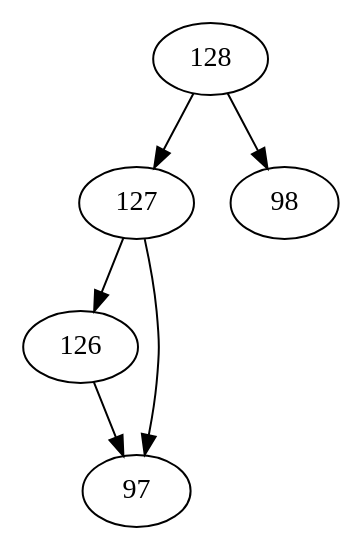
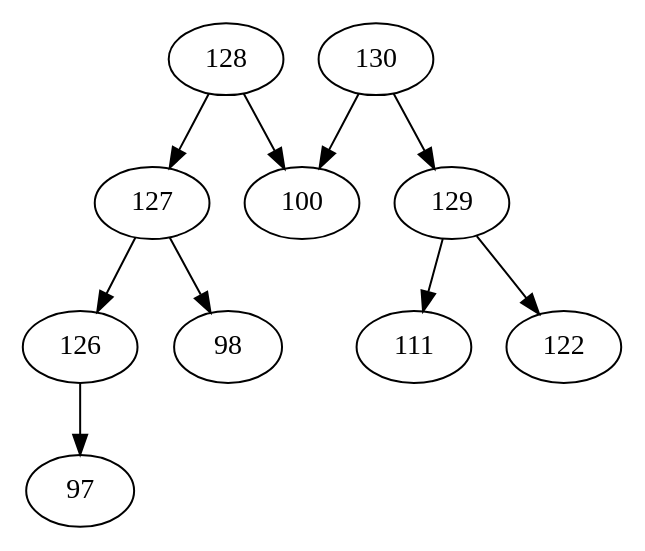
One commit to TsitouhRanjafy/algorithme changed the diagram in tokenizer/bpe.dot. Above: the diagram before and after it, drawn with Graphviz. The commit also changed 3 other files, not shown here.

```diff
--- a/tokenizer/bpe.dot
+++ b/tokenizer/bpe.dot
@@ -1,1 +1,1 @@
-digraph{ 126 -> {97,97} 127 -> {126,97} 128 -> {127,98} }
+digraph{ 126 -> {97,97} 127 -> {126,98} 128 -> {127,100} 129 -> {111,122} 130 -> {129,100} }
```
